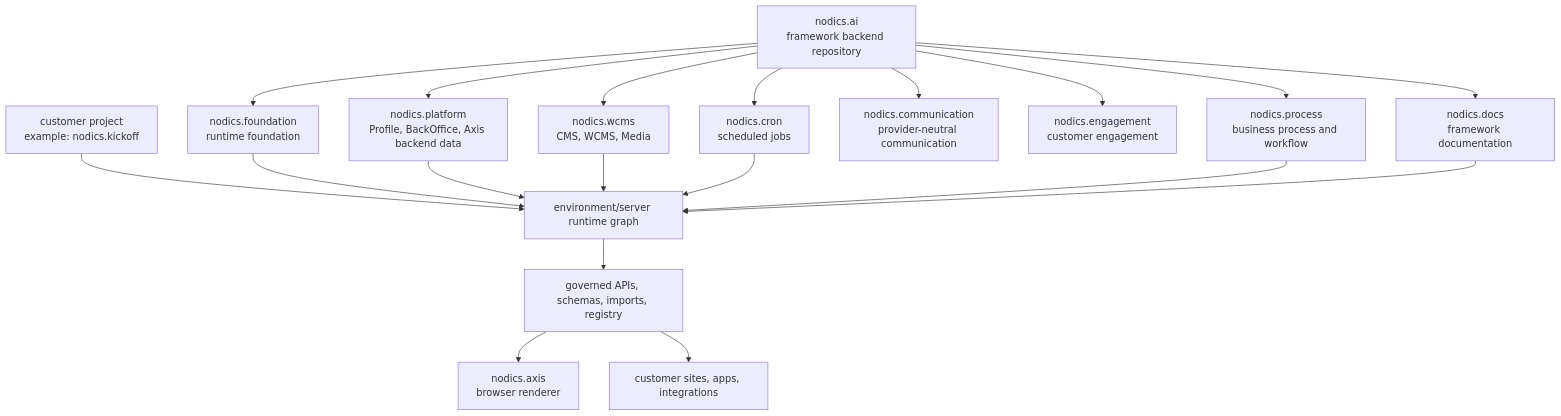
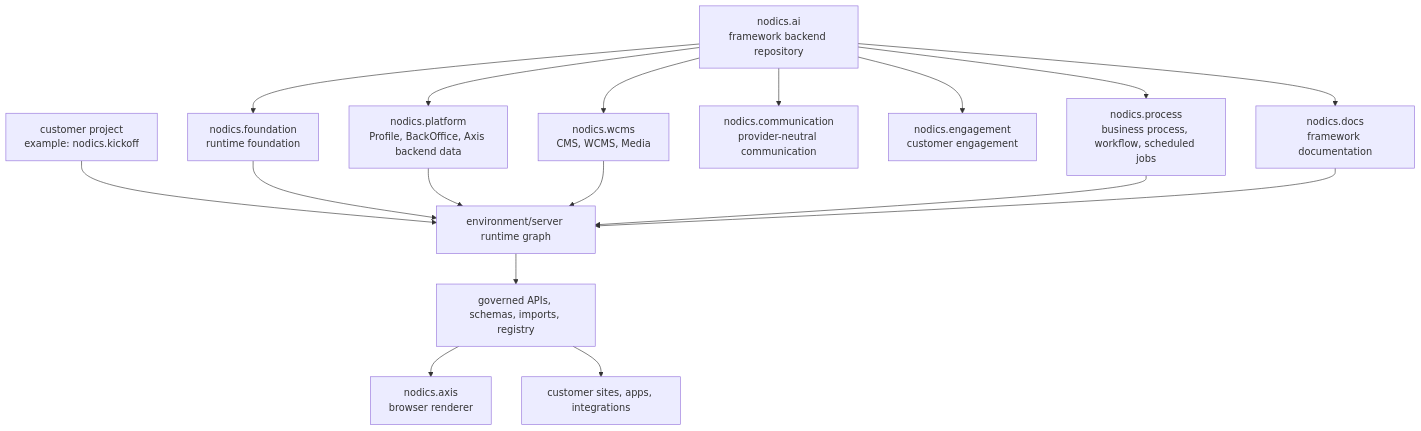
Before and after one commit to Nodics/nodics.ai: the third of 4 diagrams in README.md, drawn with Mermaid. The commit also changed other lines of this file and 43 other files, not shown here.

````diff
--- a/README.md
+++ b/README.md
@@ -190,23 +190,21 @@
 ```mermaid
 flowchart TB
   Framework["nodics.ai<br/>framework backend repository"] --> Foundation["nodics.foundation<br/>runtime foundation"]
   Framework --> Platform["nodics.platform<br/>Profile, BackOffice, Axis backend data"]
   Framework --> WCMS["nodics.wcms<br/>CMS, WCMS, Media"]
-  Framework --> Cron["nodics.cron<br/>scheduled jobs"]
-  Framework --> Process["nodics.process<br/>business process and workflow"]
+  Framework --> Process["nodics.process<br/>business process, workflow, scheduled jobs"]
   Framework --> Communication["nodics.communication<br/>provider-neutral communication"]
   Framework --> Engagement["nodics.engagement<br/>customer engagement"]
   Framework --> Docs["nodics.docs<br/>framework documentation"]
 
   Customer["customer project<br/>example: nodics.kickoff"] --> Runtime["environment/server runtime graph"]
   Foundation --> Runtime
   Platform --> Runtime
   WCMS --> Runtime
-  Cron --> Runtime
   Process --> Runtime
   Docs --> Runtime
 
   Runtime --> APIs["governed APIs, schemas, imports, registry"]
   APIs --> Axis["nodics.axis<br/>browser renderer"]
   APIs --> Apps["customer sites, apps, integrations"]
 ```
````
